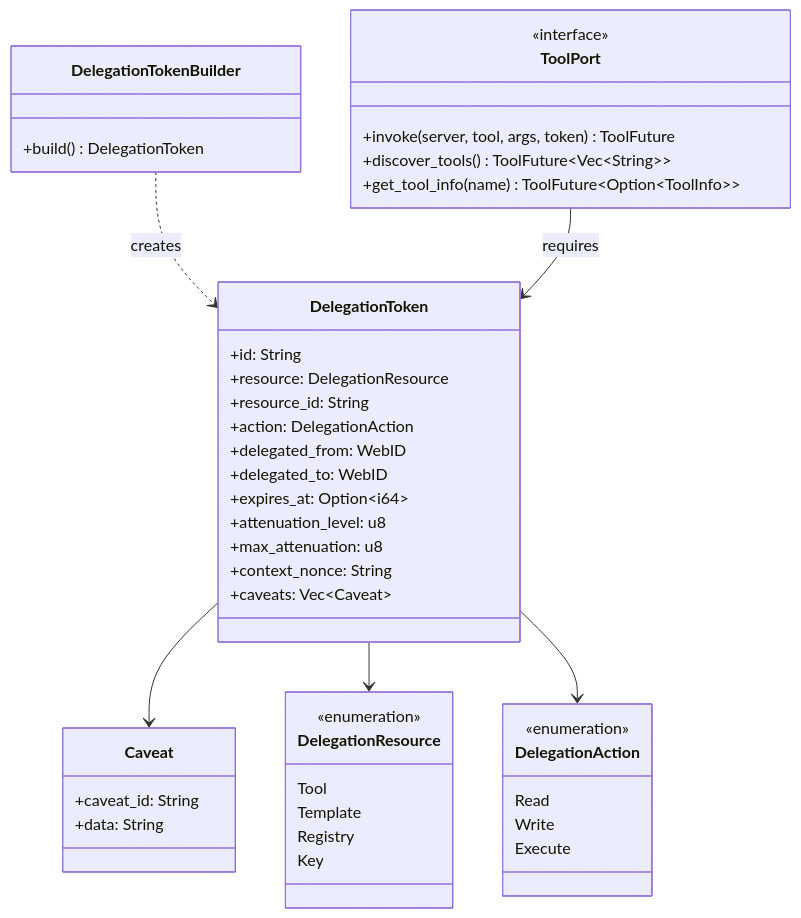
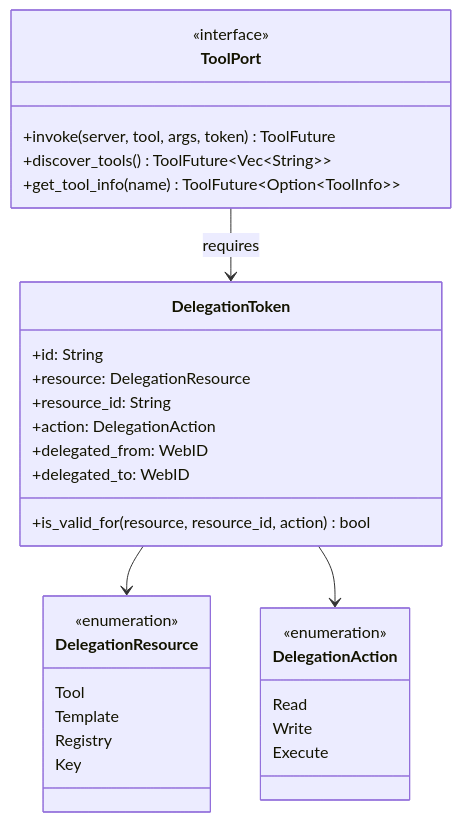
The diagram in kask/docs/diataxis/hkask-capability/reference.md (mdz-axo/zed-kask), drawn with Mermaid before and after one commit. The commit also changed other lines of this file and 8 other files, not shown here.

First line of the commit message:
Remove dead OCAP config and token attenuation docs

````diff
--- a/kask/docs/diataxis/hkask-capability/reference.md
+++ b/kask/docs/diataxis/hkask-capability/reference.md
@@ -50,48 +49,35 @@
 ```mermaid
 classDiagram
     class DelegationToken {
         +id: String
         +resource: DelegationResource
         +resource_id: String
         +action: DelegationAction
         +delegated_from: WebID
         +delegated_to: WebID
-        +expires_at: Option~i64~
-        +attenuation_level: u8
-        +max_attenuation: u8
-        +context_nonce: String
-        +caveats: Vec~Caveat~
-    }
-    class DelegationTokenBuilder {
-        +build() DelegationToken
-    }
-    class Caveat {
-        +caveat_id: String
-        +data: String
+        +is_valid_for(resource, resource_id, action) bool
     }
     class ToolPort {
         <<interface>>
         +invoke(server, tool, args, token) ToolFuture
         +discover_tools() ToolFuture~Vec~String~~
         +get_tool_info(name) ToolFuture~Option~ToolInfo~~
     }
     class DelegationResource {
         <<enumeration>>
         Tool
         Template
         Registry
         Key
     }
     class DelegationAction {
         <<enumeration>>
         Read
         Write
         Execute
     }
 
-    DelegationToken --> Caveat
     DelegationToken --> DelegationResource
     DelegationToken --> DelegationAction
-    DelegationTokenBuilder ..> DelegationToken : creates
     ToolPort --> DelegationToken : requires
 ```
````
